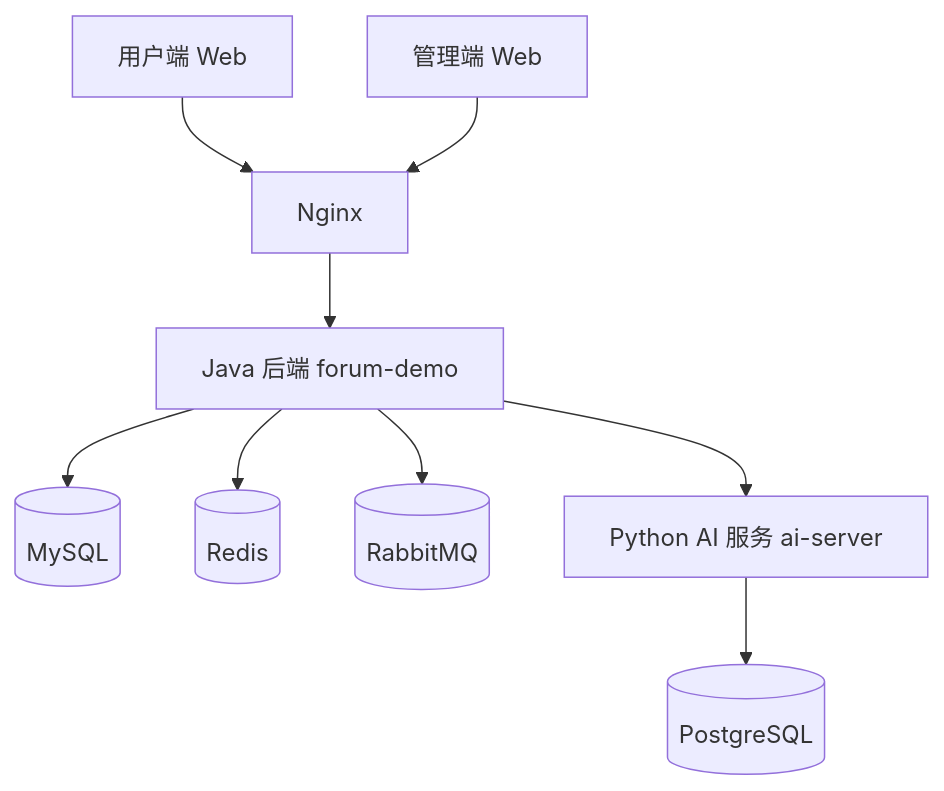
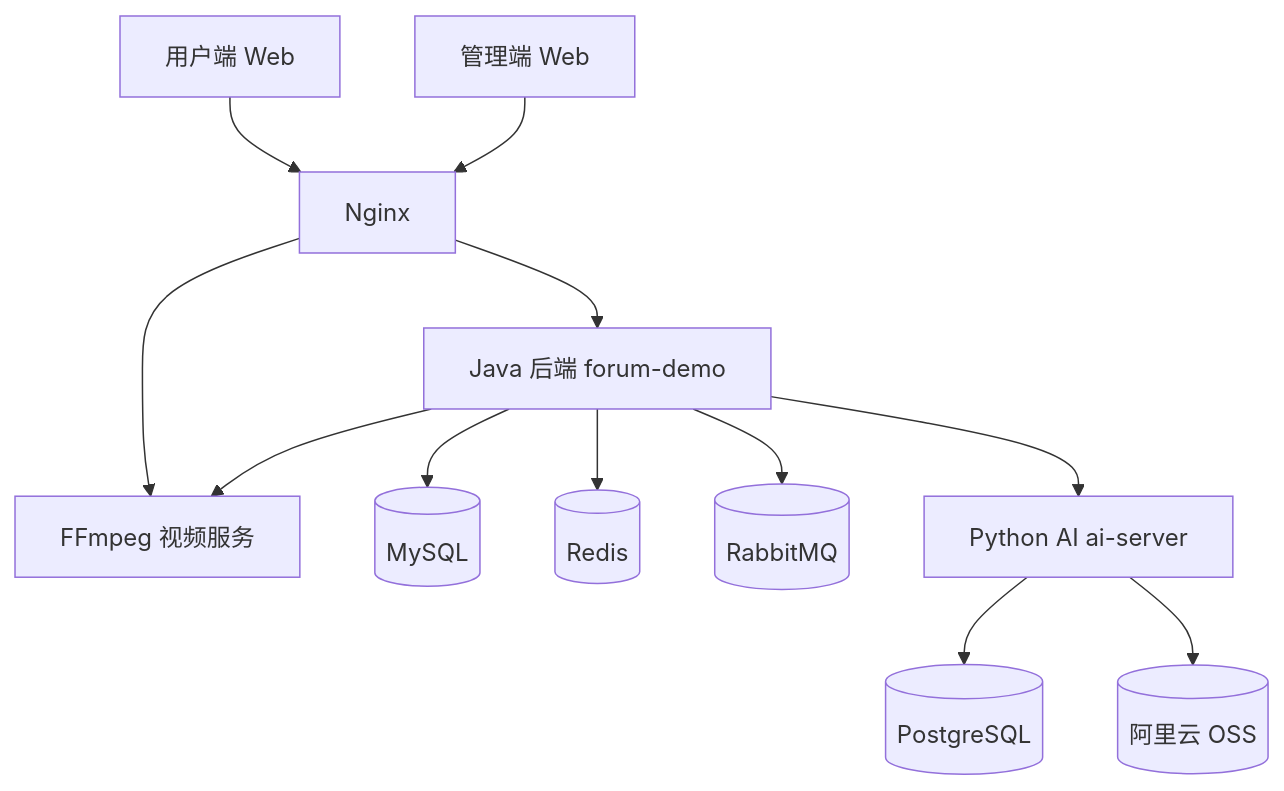
The first of 2 diagrams in README.md (pluchon/mengmeng_forum), drawn with Mermaid before and after one commit. The commit also changed other lines of this file and 219 other files, not shown here.

````diff
--- a/README.md
+++ b/README.md
@@ -73,13 +73,16 @@
 ```mermaid
 flowchart TB
   U[用户端 Web] --> N[Nginx]
   A[管理端 Web] --> N
   N --> J[Java 后端 forum-demo]
+  N --> F[FFmpeg 视频服务]
 
   J --> M[(MySQL)]
   J --> R[(Redis)]
   J --> Q[(RabbitMQ)]
+  J --> F
 
-  J --> P[Python AI 服务 ai-server]
+  J --> P[Python AI ai-server]
   P --> PG[(PostgreSQL)]
+  P --> OSS[(阿里云 OSS)]
 ```
````
